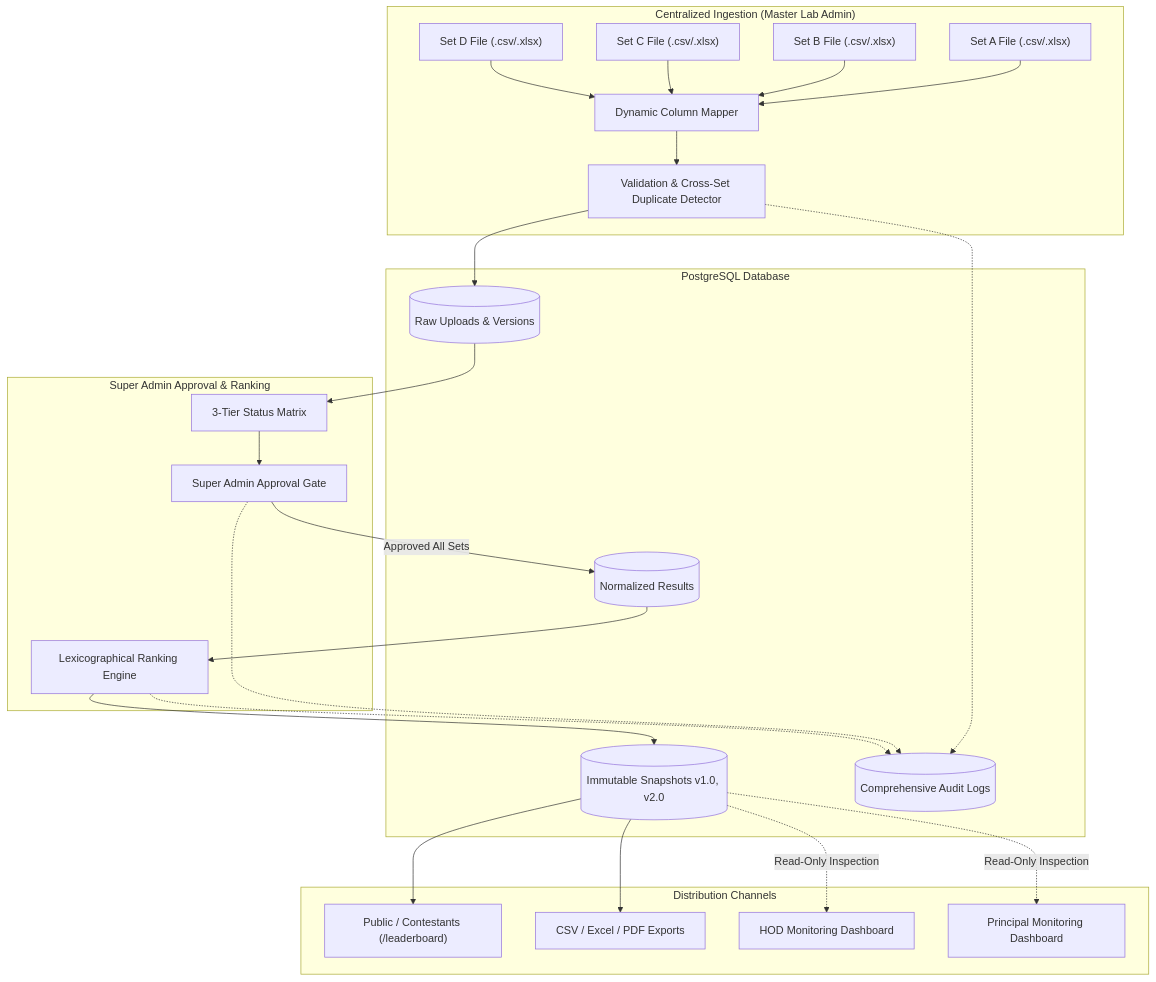
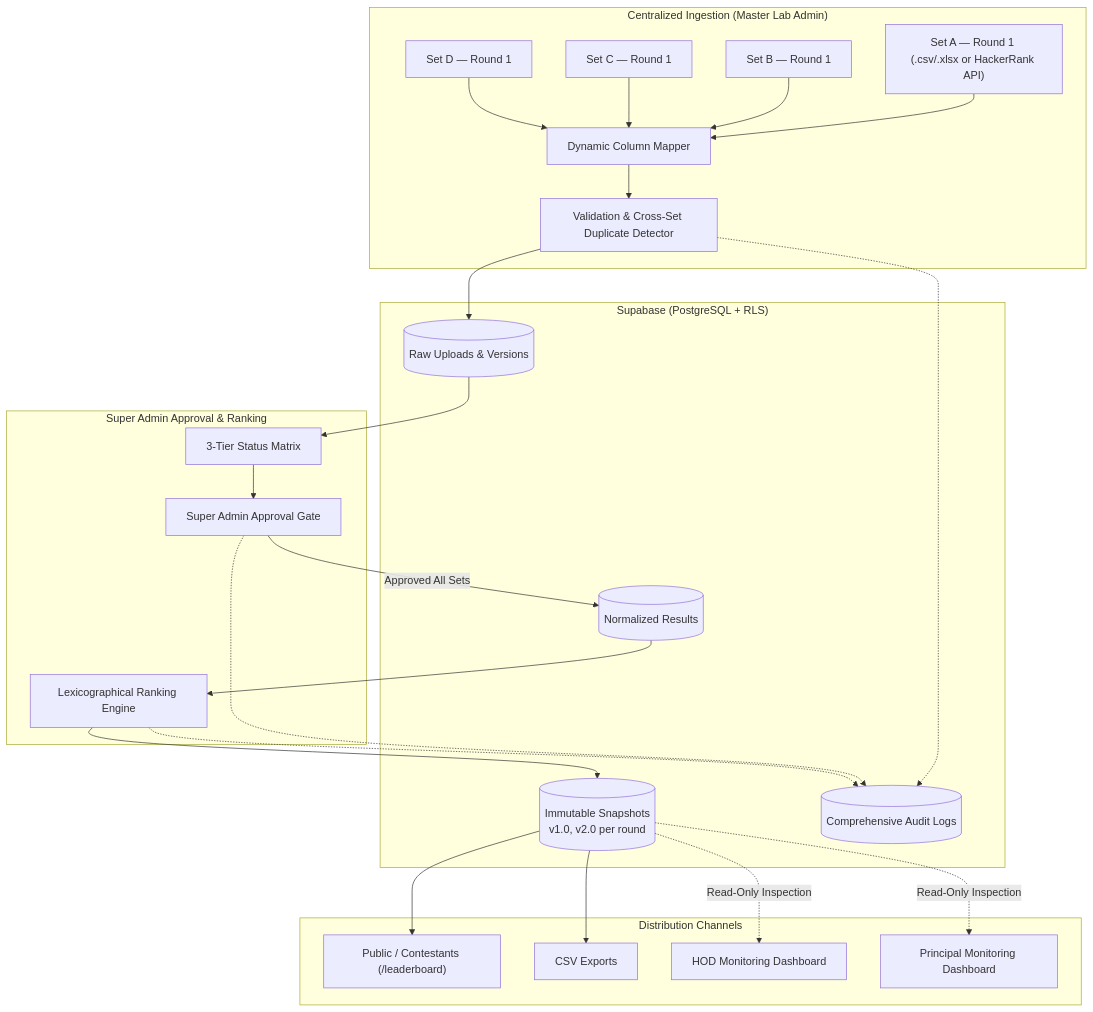
Before and after one commit to toxicbishop/CodeClash-LeaderBoard: the diagram in docs/tech-stack.md, drawn with Mermaid. The commit also changed other lines of this file and 8 other files, not shown here.

````diff
--- a/docs/tech-stack.md
+++ b/docs/tech-stack.md
@@ -129,43 +78,43 @@
 ```mermaid
 flowchart TD
     subgraph Ingestion["Centralized Ingestion (Master Lab Admin)"]
-        S1["Set A File (.csv/.xlsx)"]
-        S2["Set B File (.csv/.xlsx)"]
-        S3["Set C File (.csv/.xlsx)"]
-        S4["Set D File (.csv/.xlsx)"]
+        S1["Set A — Round 1 (.csv/.xlsx or HackerRank API)"]
+        S2["Set B — Round 1"]
+        S3["Set C — Round 1"]
+        S4["Set D — Round 1"]
         MAP["Dynamic Column Mapper"]
         VAL["Validation & Cross-Set Duplicate Detector"]
     end
 
-    subgraph Storage["PostgreSQL Database"]
+    subgraph Storage["Supabase (PostgreSQL + RLS)"]
         RAW[(Raw Uploads & Versions)]
         NORM[(Normalized Results)]
-        SNAP[(Immutable Snapshots v1.0, v2.0)]
+        SNAP[("Immutable Snapshots\nv1.0, v2.0 per round")]
         AUDIT[(Comprehensive Audit Logs)]
     end
 
     subgraph Administration["Super Admin Approval & Ranking"]
         MAT["3-Tier Status Matrix"]
         APP_GATE["Super Admin Approval Gate"]
         RANK_ENG["Lexicographical Ranking Engine"]
     end
 
     subgraph Dissemination["Distribution Channels"]
         PUB_VIEW["Public / Contestants (/leaderboard)"]
-        EXP["CSV / Excel / PDF Exports"]
+        EXP["CSV Exports"]
         HOD_DASH["HOD Monitoring Dashboard"]
         PRIN_DASH["Principal Monitoring Dashboard"]
     end
 
     S1 & S2 & S3 & S4 --> MAP
     MAP --> VAL
     VAL --> RAW
     RAW --> MAT
     MAT --> APP_GATE
     APP_GATE -->|Approved All Sets| NORM
     NORM --> RANK_ENG
     RANK_ENG --> SNAP
     SNAP --> PUB_VIEW & EXP
     SNAP -.->|Read-Only Inspection| HOD_DASH & PRIN_DASH
     VAL & APP_GATE & RANK_ENG -.-> AUDIT
 ```
````
